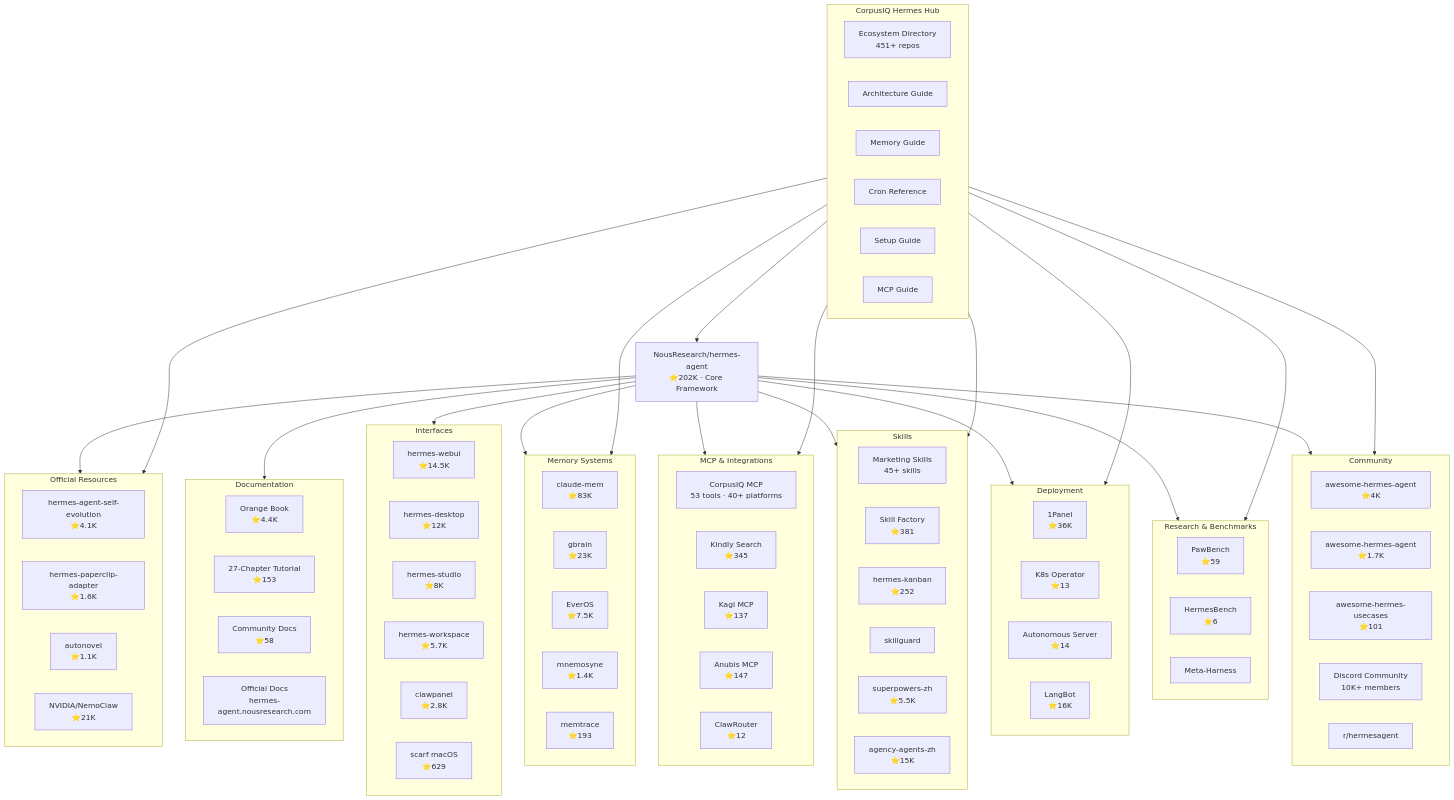
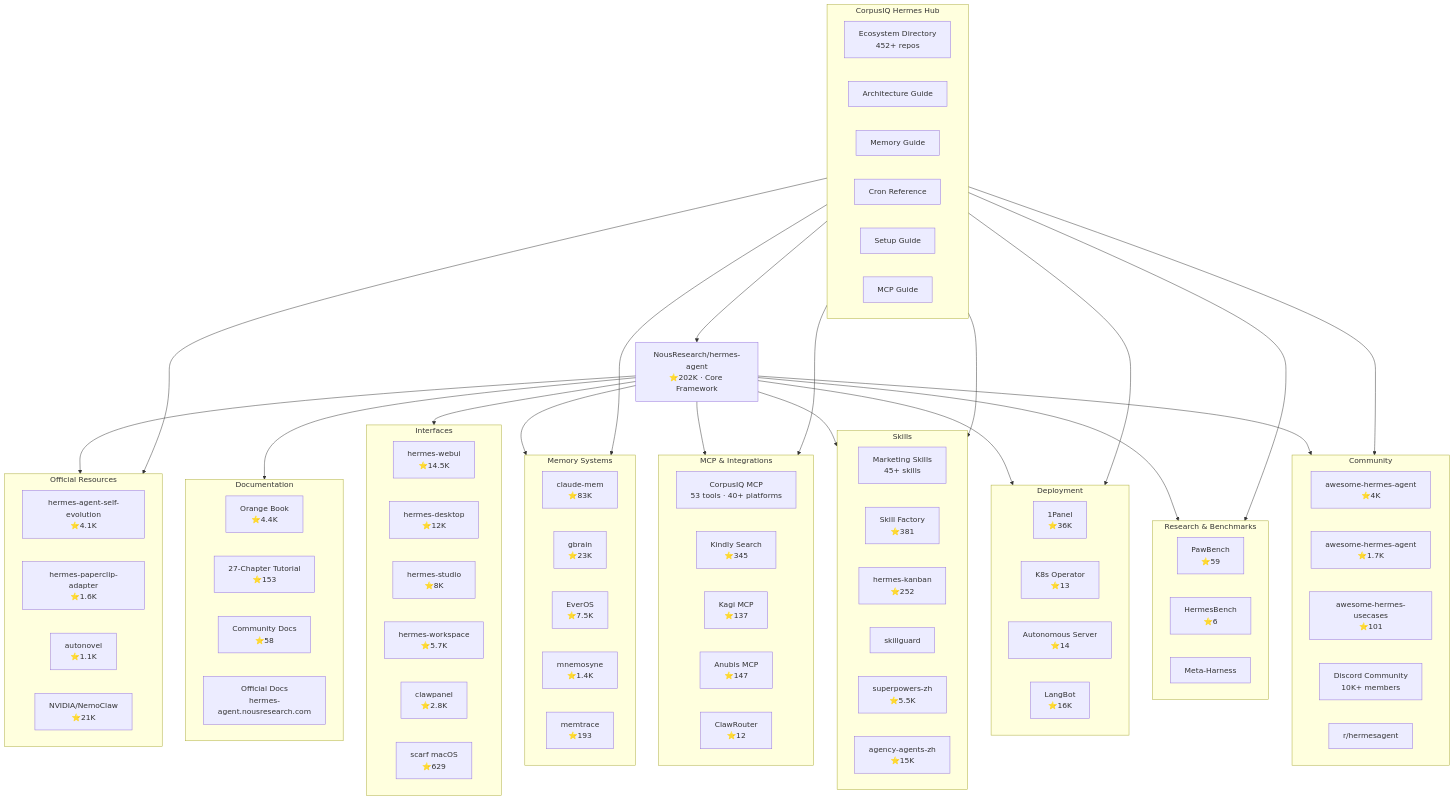
One commit to CorpusIQ/corpusiq-docs changed the first of 4 diagrams in hermes/ecosystem-map.md. Above: the diagram before and after it, drawn with Mermaid. The commit also changed other lines of this file and 36 other files, not shown here.

```diff
--- a/hermes/ecosystem-map.md
+++ b/hermes/ecosystem-map.md
@@ -88,7 +88,7 @@
     end
 
     subgraph CORPUSIQ_HUB[CorpusIQ Hermes Hub]
-        ECOSYSTEM[Ecosystem Directory<br/>451+ repos]
+        ECOSYSTEM[Ecosystem Directory<br/>452+ repos]
         ARCHITECTURE[Architecture Guide]
         KNOWLEDGE[Memory Guide]
         CRONS[Cron Reference]
```
